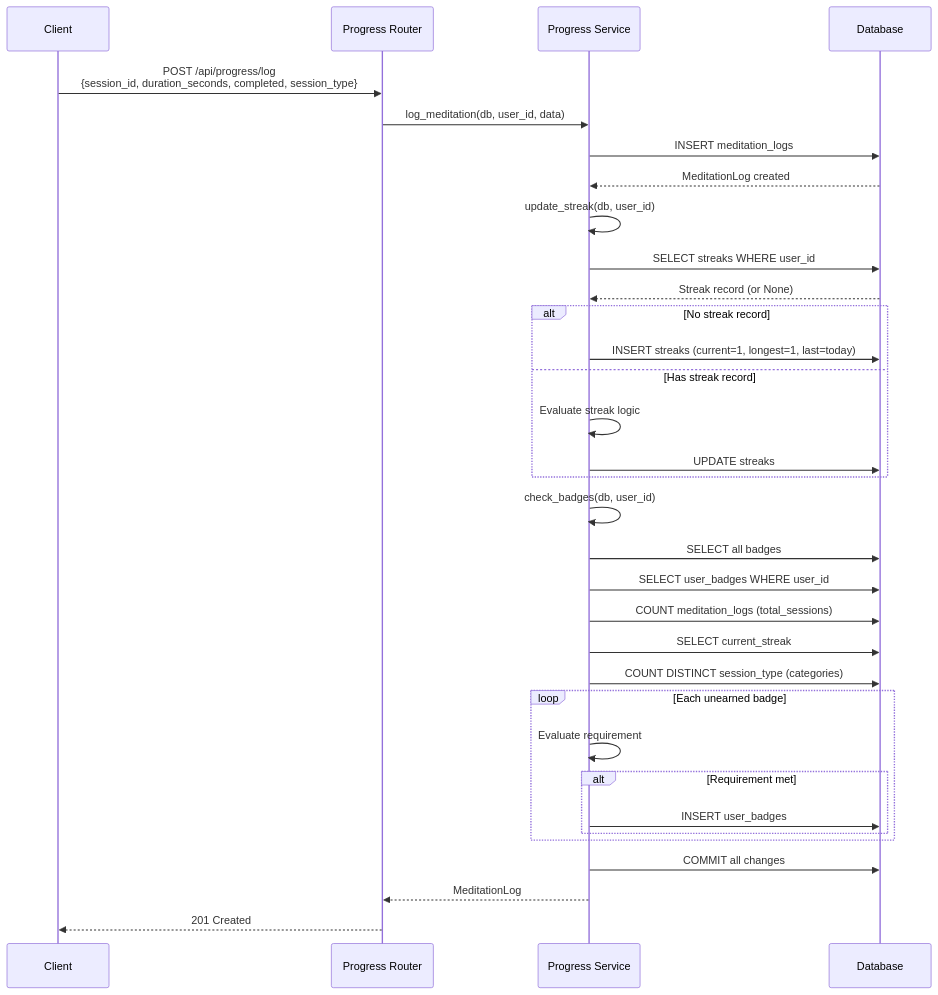
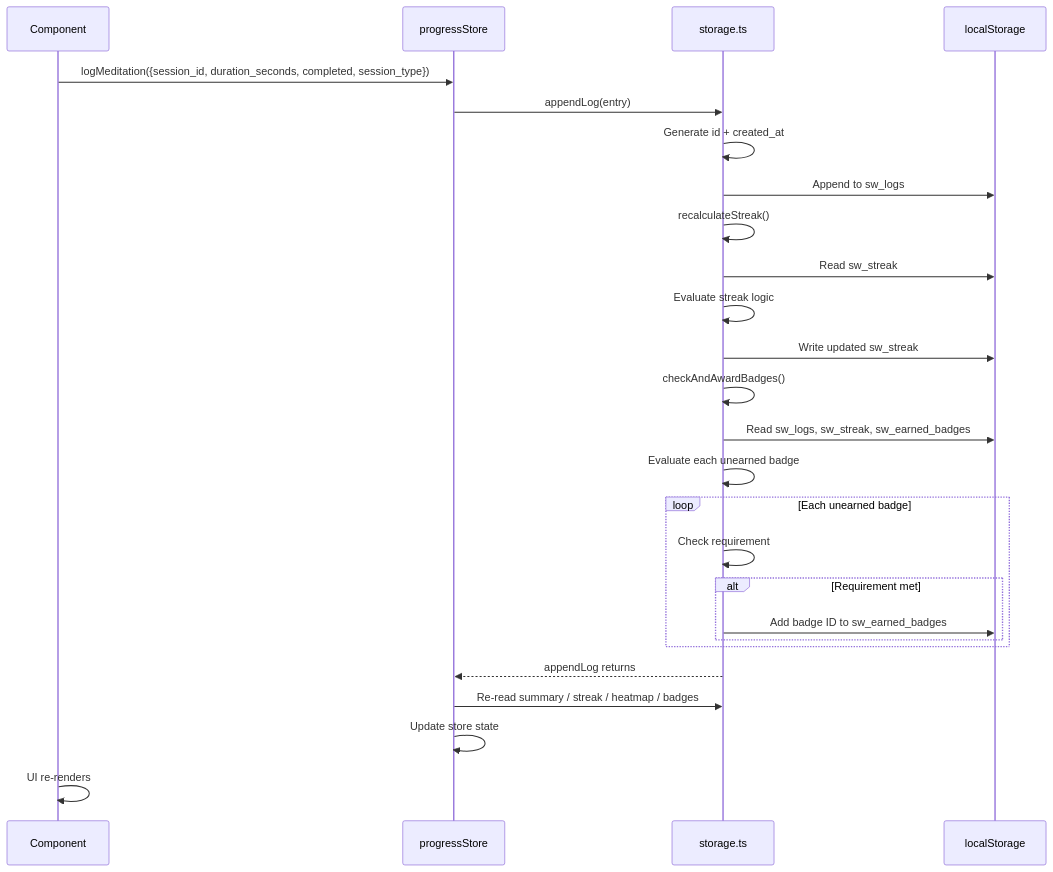
One commit to 5x5x5x5/stillwater changed the first of 5 diagrams in docs/architecture/05-progress-system.md. Above: the diagram before and after it, drawn with Mermaid. The commit also changed other lines of this file and 65 other files, not shown here.

First line of the commit message:
Eliminate backend: replace FastAPI/SQLite with localStorage-only React app

````diff
--- a/docs/architecture/05-progress-system.md
+++ b/docs/architecture/05-progress-system.md
@@ -7,42 +7,34 @@
 ```mermaid
 sequenceDiagram
-    participant C as Client
-    participant R as Progress Router
-    participant S as Progress Service
-    participant DB as Database
+    participant C as Component
+    participant PS as progressStore
+    participant ST as storage.ts
+    participant LS as localStorage
 
-    C->>R: POST /api/progress/log<br/>{session_id, duration_seconds, completed, session_type}
-    R->>S: log_meditation(db, user_id, data)
+    C->>PS: logMeditation({session_id, duration_seconds, completed, session_type})
+    PS->>ST: appendLog(entry)
 
-    S->>DB: INSERT meditation_logs
-    DB-->>S: MeditationLog created
+    ST->>ST: Generate id + created_at
+    ST->>LS: Append to sw_logs
 
-    S->>S: update_streak(db, user_id)
-    S->>DB: SELECT streaks WHERE user_id
-    DB-->>S: Streak record (or None)
+    ST->>ST: recalculateStreak()
+    ST->>LS: Read sw_streak
+    ST->>ST: Evaluate streak logic
+    ST->>LS: Write updated sw_streak
 
-    alt No streak record
-        S->>DB: INSERT streaks (current=1, longest=1, last=today)
-    else Has streak record
-        S->>S: Evaluate streak logic
-        S->>DB: UPDATE streaks
-    end
-
-    S->>S: check_badges(db, user_id)
-    S->>DB: SELECT all badges
-    S->>DB: SELECT user_badges WHERE user_id
-    S->>DB: COUNT meditation_logs (total_sessions)
-    S->>DB: SELECT current_streak
-    S->>DB: COUNT DISTINCT session_type (categories)
+    ST->>ST: checkAndAwardBadges()
+    ST->>LS: Read sw_logs, sw_streak, sw_earned_badges
+    ST->>ST: Evaluate each unearned badge
 
     loop Each unearned badge
-        S->>S: Evaluate requirement
+        ST->>ST: Check requirement
         alt Requirement met
-            S->>DB: INSERT user_badges
+            ST->>LS: Add badge ID to sw_earned_badges
         end
     end
 
-    S->>DB: COMMIT all changes
-    S-->>R: MeditationLog
-    R-->>C: 201 Created
+    ST-->>PS: appendLog returns
+    PS->>ST: Re-read summary / streak / heatmap / badges
+    PS->>PS: Update store state
+    C->>C: UI re-renders
 ```
````
